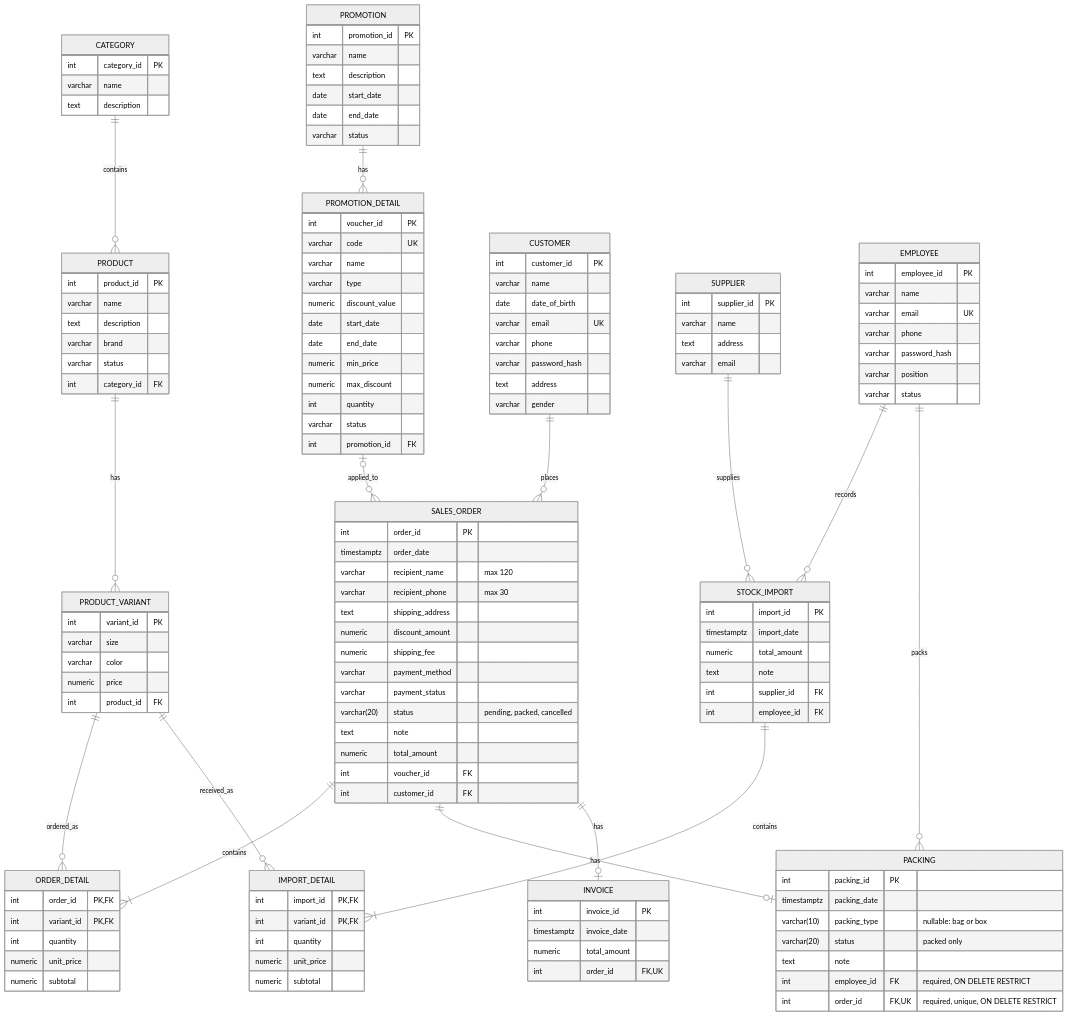
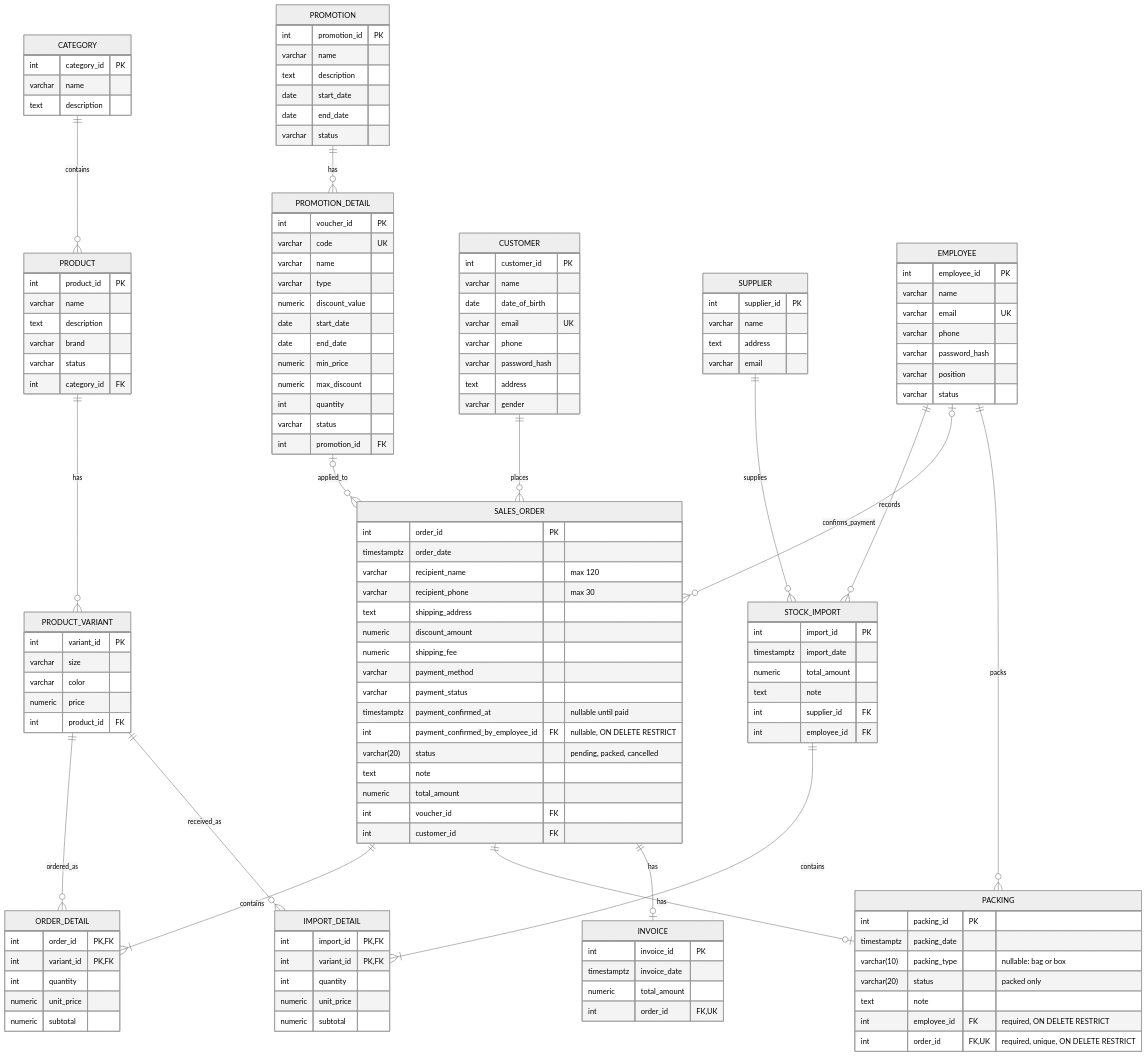
Before and after one commit to duygri/do-an-cnpm: the diagram in docs/erd/sales-system-erd.md, drawn with Mermaid (neutral theme). The commit also changed other lines of this file and 2 other files, not shown here.

Commit message:
docs: document COD payment flow

```diff
--- a/docs/erd/sales-system-erd.md
+++ b/docs/erd/sales-system-erd.md
@@ -66,6 +66,8 @@
         numeric shipping_fee
         varchar payment_method
         varchar payment_status
+        timestamptz payment_confirmed_at "nullable until paid"
+        int payment_confirmed_by_employee_id FK "nullable, ON DELETE RESTRICT"
         varchar(20) status "pending, packed, cancelled"
         text note
         numeric total_amount
@@ -135,6 +137,7 @@
     EMPLOYEE ||--o{ STOCK_IMPORT : records
     STOCK_IMPORT ||--|{ IMPORT_DETAIL : contains
     PRODUCT_VARIANT ||--o{ IMPORT_DETAIL : received_as
+    EMPLOYEE o|--o{ SALES_ORDER : confirms_payment
     SALES_ORDER ||--o| PACKING : has
     EMPLOYEE ||--o{ PACKING : packs
     SALES_ORDER ||--o| INVOICE : has
```
